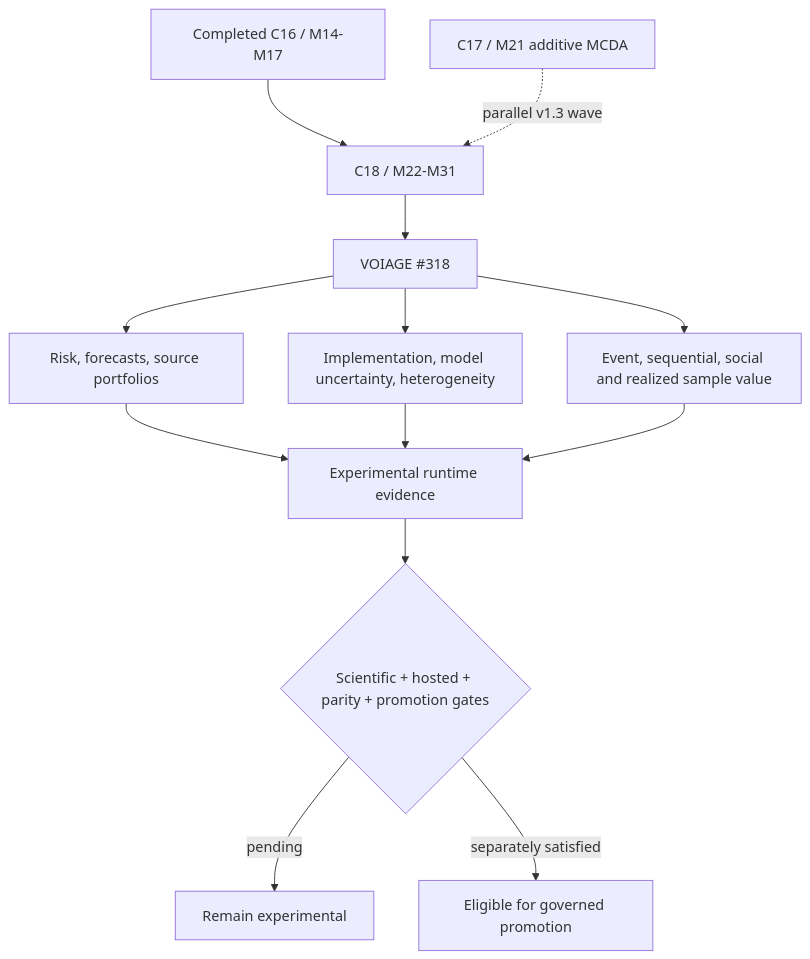
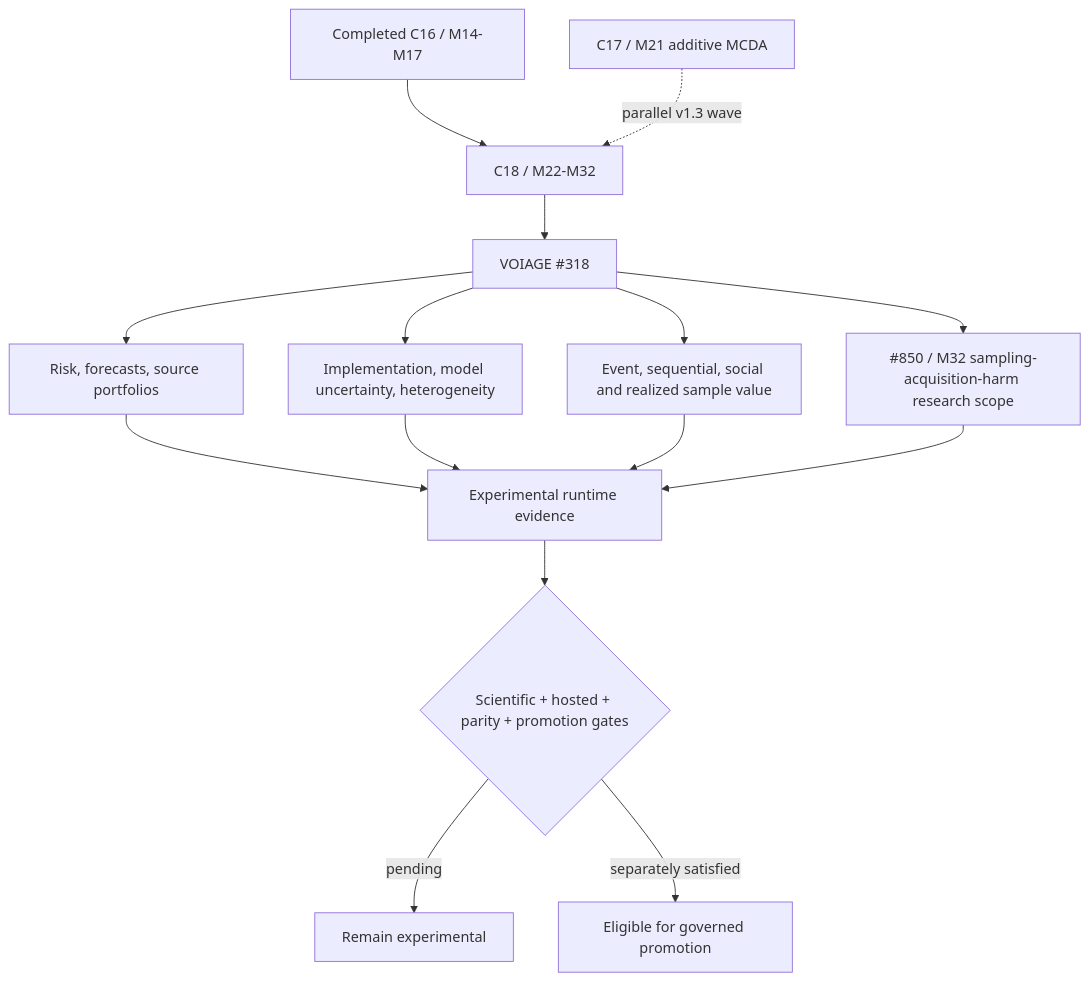
The ninth of 13 diagrams in conductor/design.md (edithatogo/vop_poc_nz), drawn with Mermaid before and after one commit. The commit also changed other lines of this file and 9 other files, not shown here.

First line of the commit message:
docs(conductor): add canonical C18/M32 sampling-harm scope (#71)

````diff
--- a/conductor/design.md
+++ b/conductor/design.md
@@ -204,15 +204,17 @@
 ```mermaid
 flowchart TD
-    C16["Completed C16 / M14-M17"] --> C18["C18 / M22-M31"]
+    C16["Completed C16 / M14-M17"] --> C18["C18 / M22-M32"]
     C17["C17 / M21 additive MCDA"] -. "parallel v1.3 wave" .-> C18
     C18 --> Parent["VOIAGE #318"]
     Parent --> Decision["Risk, forecasts, source portfolios"]
     Parent --> Decompose["Implementation, model uncertainty, heterogeneity"]
     Parent --> Dynamic["Event, sequential, social and realized sample value"]
+    Parent --> Acquisition["#850 / M32 sampling-acquisition-harm research scope"]
     Decision --> Evidence["Experimental runtime evidence"]
     Decompose --> Evidence
     Dynamic --> Evidence
+    Acquisition --> Evidence
     Evidence --> Gates{"Scientific + hosted + parity + promotion gates"}
     Gates -->|"pending"| Hold["Remain experimental"]
     Gates -->|"separately satisfied"| Promote["Eligible for governed promotion"]
 ```
````
